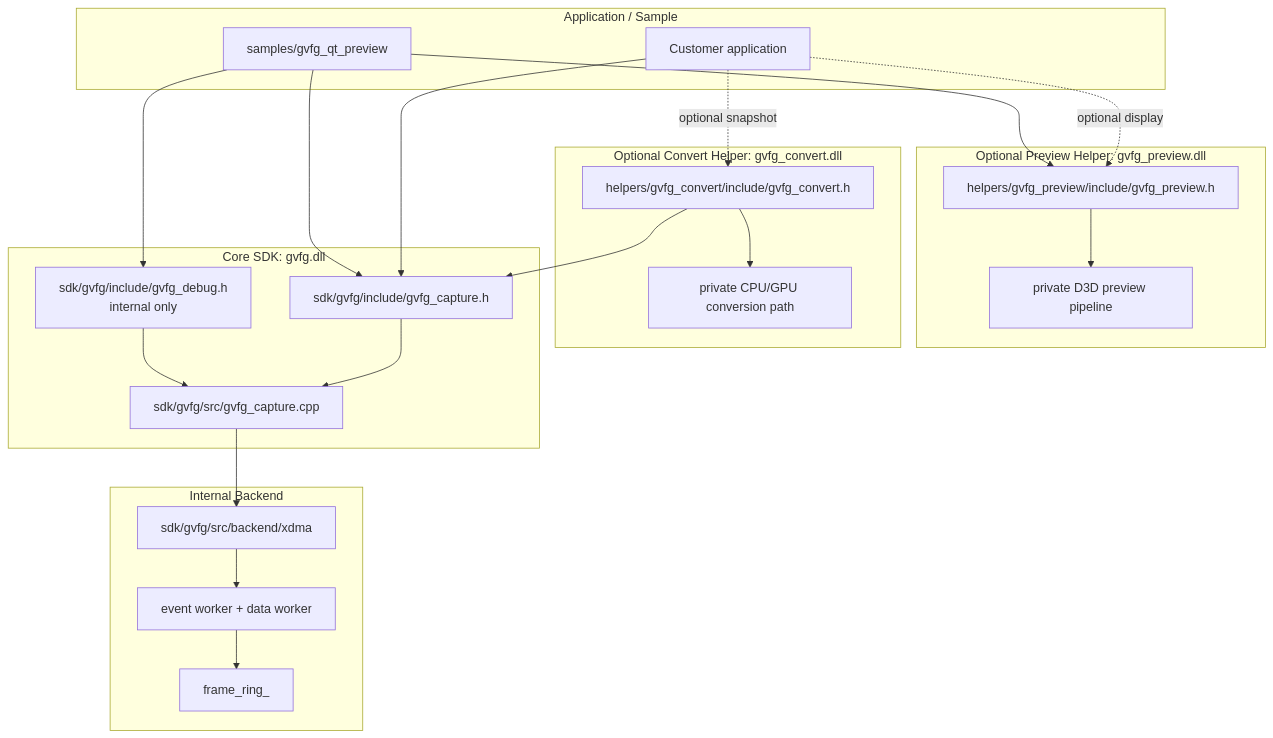
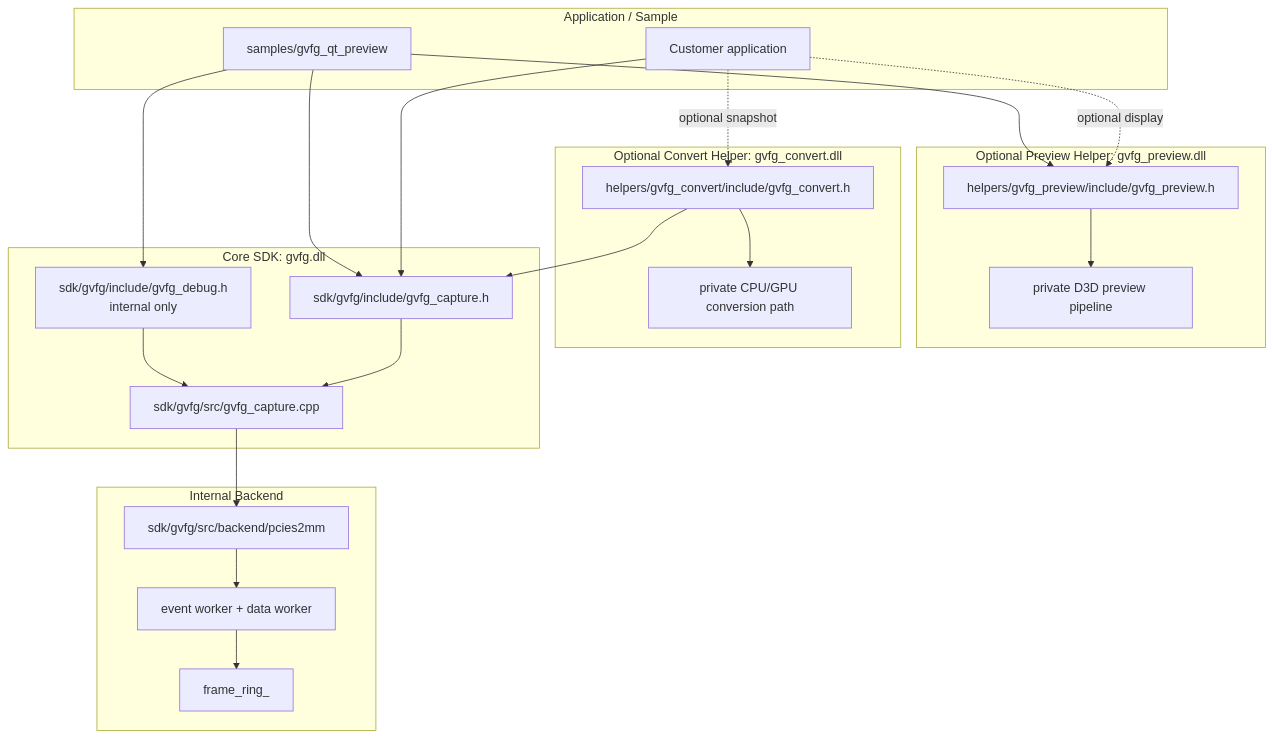
One commit to MarquezLin/GVFG_Standalone changed the diagram in docs/GVFG_INTERNAL_NOTES.md. Above: the diagram before and after it, drawn with Mermaid. The commit also changed other lines of this file and 173 other files, not shown here.

Commit message:
Rename backend to PCIES2MM and handle events

````diff
--- a/docs/GVFG_INTERNAL_NOTES.md
+++ b/docs/GVFG_INTERNAL_NOTES.md
@@ -33,44 +33,44 @@
 ```mermaid
 flowchart TD
     subgraph App["Application / Sample"]
         QtApp["samples/gvfg_qt_preview"]
         CustomerApp["Customer application"]
     end
 
     subgraph Preview["Optional Preview Helper: gvfg_preview.dll"]
         PreviewApi["helpers/gvfg_preview/include/gvfg_preview.h"]
         PreviewPipe["private D3D preview pipeline"]
     end
 
     subgraph Convert["Optional Convert Helper: gvfg_convert.dll"]
         ConvertApi["helpers/gvfg_convert/include/gvfg_convert.h"]
         ConvertPipe["private CPU/GPU conversion path"]
     end
 
     subgraph SDK["Core SDK: gvfg.dll"]
         CaptureApi["sdk/gvfg/include/gvfg_capture.h"]
         DebugApi["sdk/gvfg/include/gvfg_debug.h\ninternal only"]
         Facade["sdk/gvfg/src/gvfg_capture.cpp"]
     end
 
     subgraph Backend["Internal Backend"]
-        Xdma["sdk/gvfg/src/backend/xdma"]
+        PcieS2mm["sdk/gvfg/src/backend/pcies2mm"]
         Ring["frame_ring_"]
         Workers["event worker + data worker"]
     end
 
     CustomerApp --> CaptureApi
     CustomerApp -. optional display .-> PreviewApi
     CustomerApp -. optional snapshot .-> ConvertApi
     QtApp --> CaptureApi
     QtApp --> DebugApi
     QtApp --> PreviewApi
     PreviewApi --> PreviewPipe
     ConvertApi --> ConvertPipe
     ConvertApi --> CaptureApi
     CaptureApi --> Facade
     DebugApi --> Facade
-    Facade --> Xdma
-    Xdma --> Workers
+    Facade --> PcieS2mm
+    PcieS2mm --> Workers
     Workers --> Ring
 ```
````
